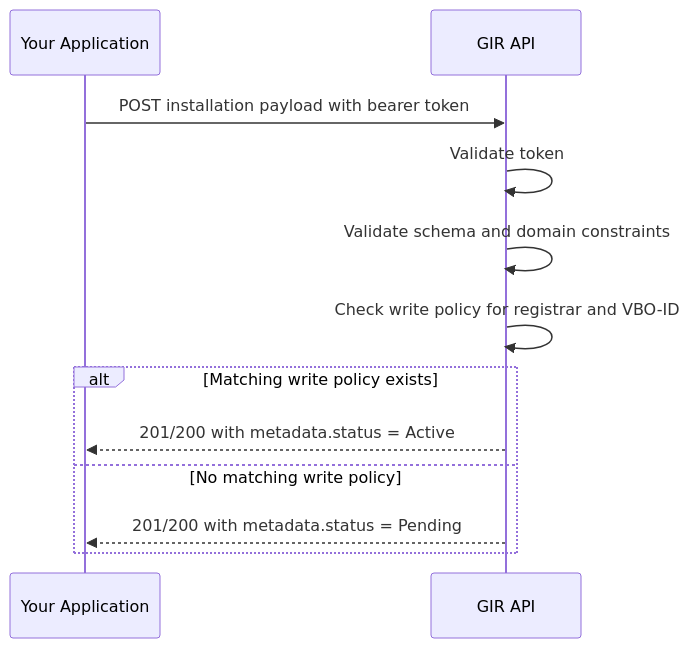
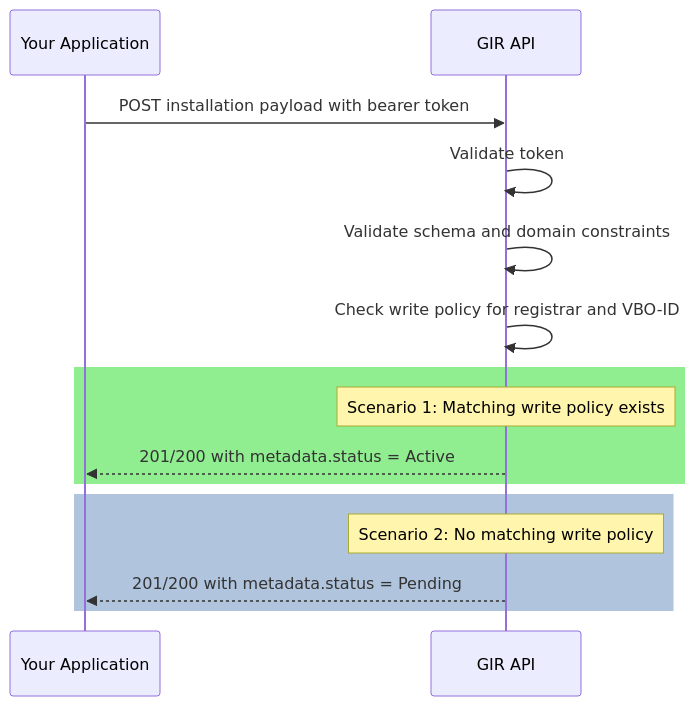
Before and after one commit to POORT8/Poort8.Docs: the fourth of 7 diagrams in gir/registrar-flow.md, drawn with Mermaid. The commit also changed other lines of this file and 6 other files, not shown here.

````diff
--- a/gir/registrar-flow.md
+++ b/gir/registrar-flow.md
@@ -138,15 +138,20 @@
 ```mermaid
 sequenceDiagram
     participant App as Your Application
     participant GIR as GIR API
 
     App->>GIR: POST installation payload with bearer token
     GIR->>GIR: Validate token
     GIR->>GIR: Validate schema and domain constraints
     GIR->>GIR: Check write policy for registrar and VBO-ID
-    alt Matching write policy exists
-        GIR-->>App: 201/200 with metadata.status = Active
-    else No matching write policy
-        GIR-->>App: 201/200 with metadata.status = Pending
+    
+    rect rgb(144, 238, 144)
+    note over GIR: Scenario 1: Matching write policy exists
+    GIR-->>App: 201/200 with metadata.status = Active
+    end
+    
+    rect rgb(176, 196, 222)
+    note over GIR: Scenario 2: No matching write policy
+    GIR-->>App: 201/200 with metadata.status = Pending
     end
 ```
````
